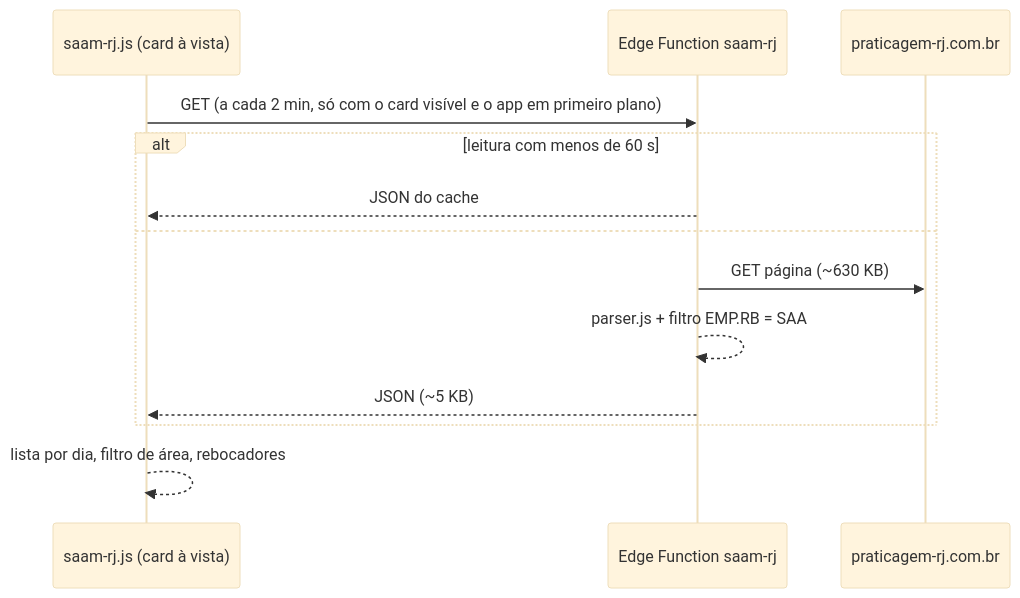
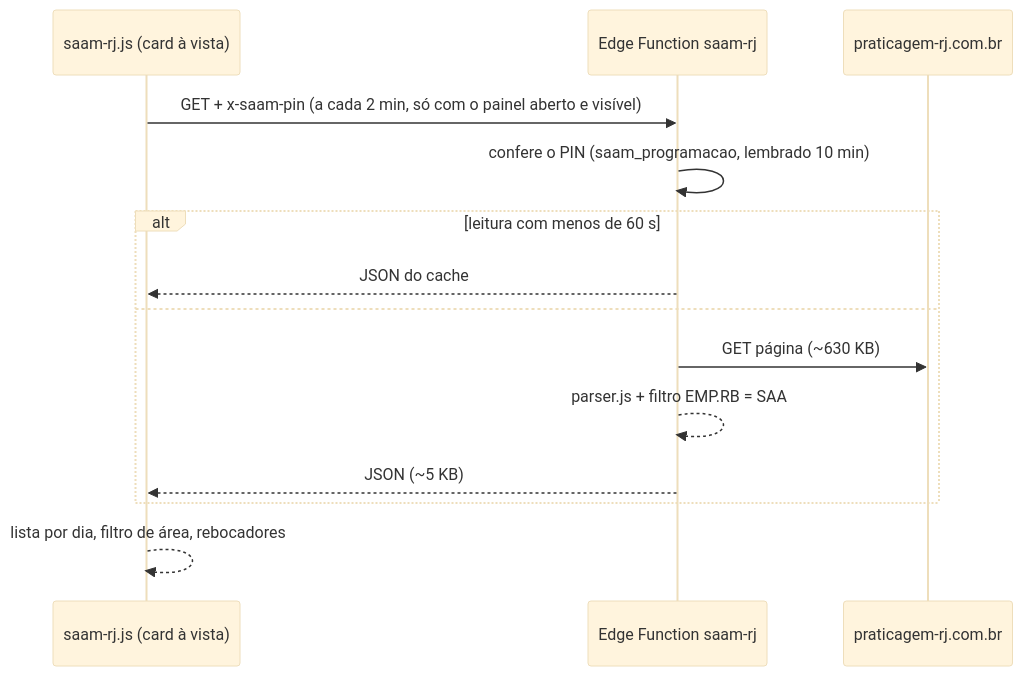
One commit to Jbvix/radiotuglifefm changed the third of 3 diagrams in docs/PROJETO.md. Above: the diagram before and after it, drawn with Mermaid (base theme). The commit also changed other lines of this file and 12 other files, not shown here.

First line of the commit message:
feat: PIN da tripulação no card do Rio e programações recolhíveis (v3.9.1, SPRINT 28)

````diff
--- a/docs/PROJETO.md
+++ b/docs/PROJETO.md
@@ -377,15 +382,16 @@
 ```mermaid
 sequenceDiagram
   participant A as saam-rj.js (card à vista)
   participant F as Edge Function saam-rj
   participant P as praticagem-rj.com.br
-  A->>F: GET (a cada 2 min, só com o card visível e o app em primeiro plano)
+  A->>F: GET + x-saam-pin (a cada 2 min, só com o painel aberto e visível)
+  F->>F: confere o PIN (saam_programacao, lembrado 10 min)
   alt leitura com menos de 60 s
     F-->>A: JSON do cache
   else
     F->>P: GET página (~630 KB)
     F-->>F: parser.js + filtro EMP.RB = SAA
     F-->>A: JSON (~5 KB)
   end
   A-->>A: lista por dia, filtro de área, rebocadores
 ```
````
